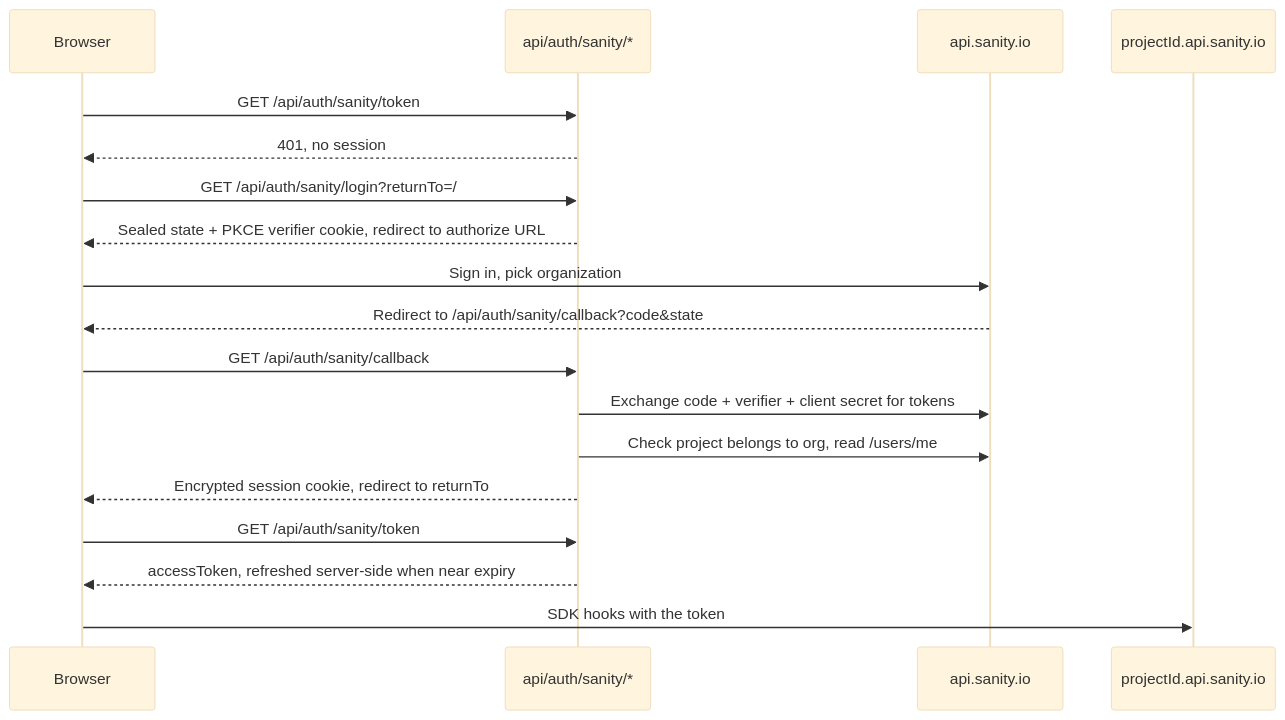
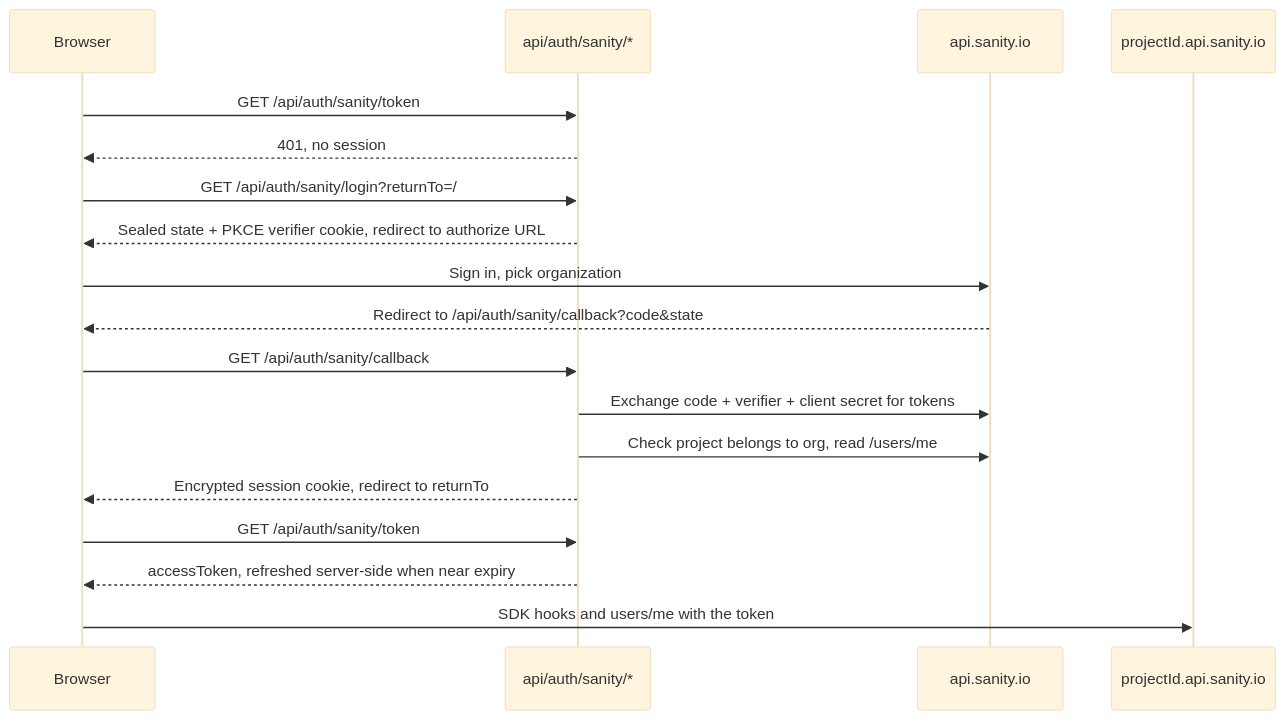
The diagram in README.md (sanity-labs/sdk-standalone-with-proxy), drawn with Mermaid (base theme) before and after one commit. The commit also changed other lines of this file and 10 other files, not shown here.

````diff
--- a/README.md
+++ b/README.md
@@ -41,21 +81,21 @@
 ```mermaid
 sequenceDiagram
     participant Browser
     participant Fn as api/auth/sanity/*
     participant Sanity as api.sanity.io
     participant Project as projectId.api.sanity.io
 
     Browser->>Fn: GET /api/auth/sanity/token
     Fn-->>Browser: 401, no session
     Browser->>Fn: GET /api/auth/sanity/login?returnTo=/
     Fn-->>Browser: Sealed state + PKCE verifier cookie, redirect to authorize URL
     Browser->>Sanity: Sign in, pick organization
     Sanity-->>Browser: Redirect to /api/auth/sanity/callback?code&state
     Browser->>Fn: GET /api/auth/sanity/callback
     Fn->>Sanity: Exchange code + verifier + client secret for tokens
     Fn->>Sanity: Check project belongs to org, read /users/me
     Fn-->>Browser: Encrypted session cookie, redirect to returnTo
     Browser->>Fn: GET /api/auth/sanity/token
     Fn-->>Browser: accessToken, refreshed server-side when near expiry
-    Browser->>Project: SDK hooks with the token
+    Browser->>Project: SDK hooks and users/me with the token
 ```
````
